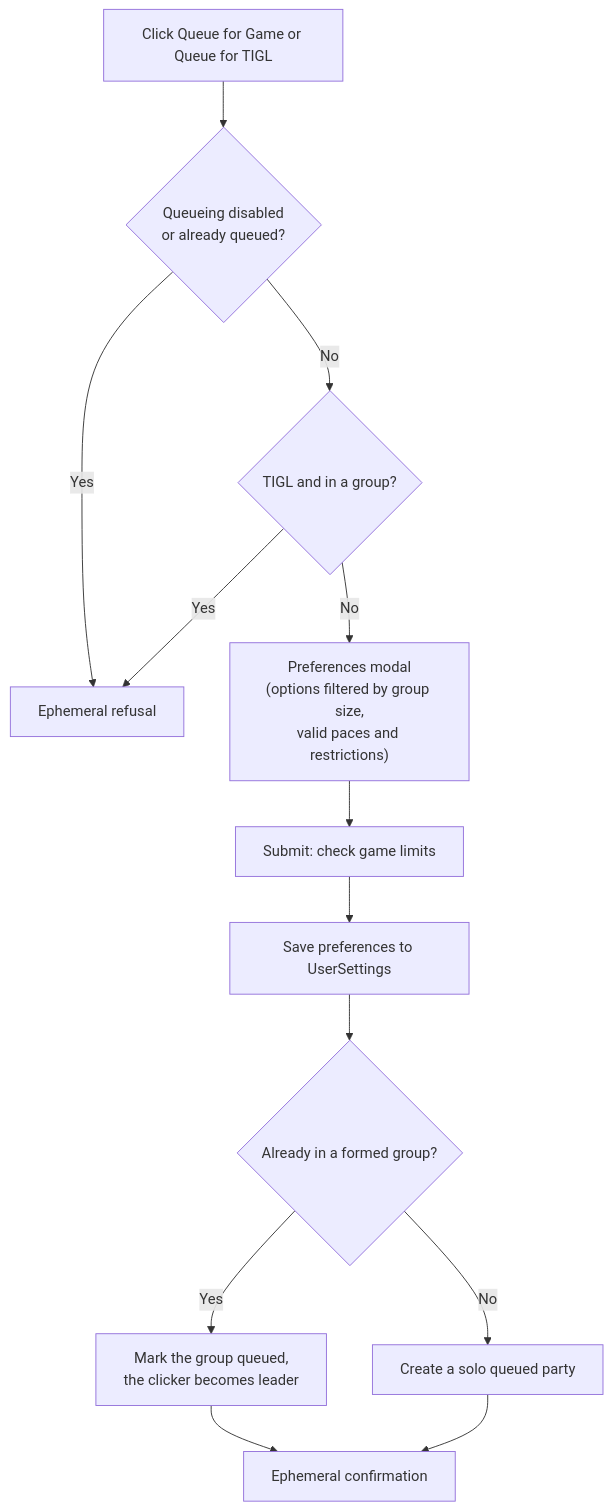
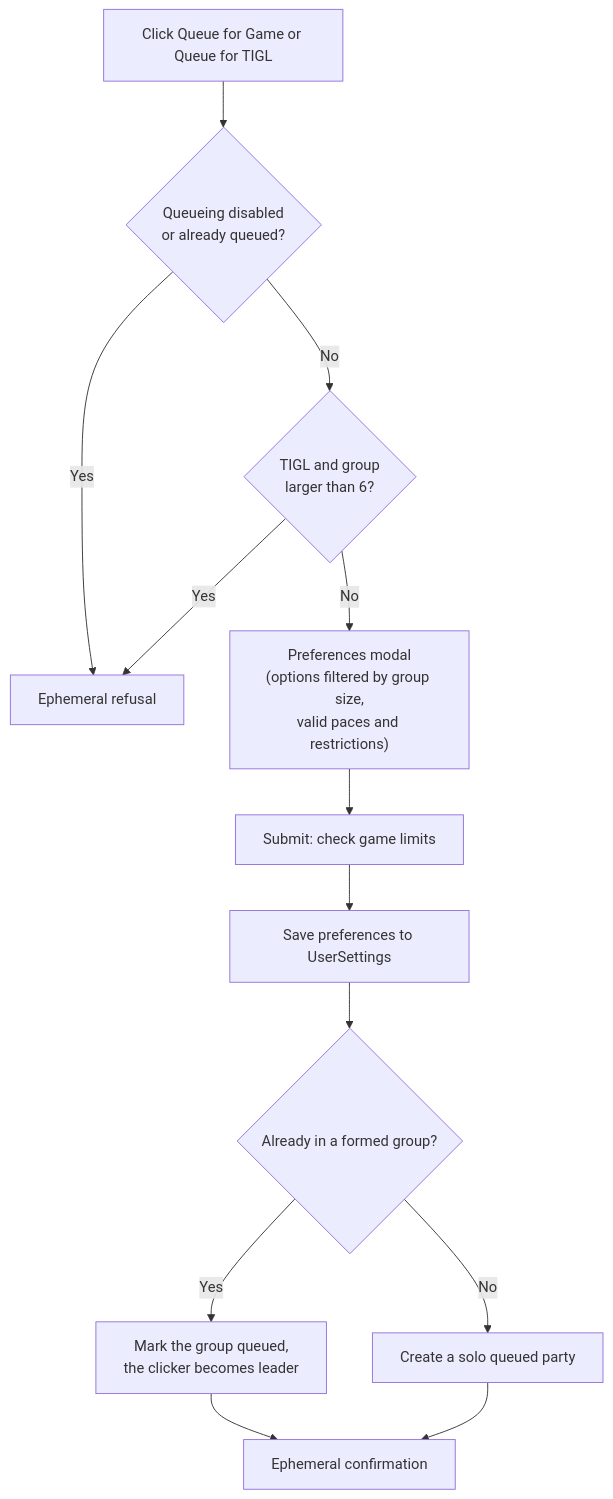
Before and after one commit to AsyncTI4/TI4_map_generator_bot: the third of 7 diagrams in src/main/java/ti4/spring/service/statistics/matchmaking/README.md, drawn with Mermaid. The commit also changed other lines of this file and 10 other files, not shown here.

````diff
--- a/src/main/java/ti4/spring/service/statistics/matchmaking/README.md
+++ b/src/main/java/ti4/spring/service/statistics/matchmaking/README.md
@@ -144,15 +144,15 @@
 ```mermaid
 flowchart TD
     A[Click Queue for Game or Queue for TIGL] --> B{Queueing disabled<br/>or already queued?}
     B -->|Yes| X[Ephemeral refusal]
-    B -->|No| C{TIGL and in a group?}
+    B -->|No| C{TIGL and group<br/>larger than 6?}
     C -->|Yes| X
     C -->|No| D["Preferences modal<br/>(options filtered by group size,<br/>valid paces and restrictions)"]
     D --> E[Submit: check game limits]
     E --> F[Save preferences to UserSettings]
     F --> G{Already in a formed group?}
     G -->|Yes| H[Mark the group queued,<br/>the clicker becomes leader]
     G -->|No| I[Create a solo queued party]
     H --> J[Ephemeral confirmation]
     I --> J
 ```
````
